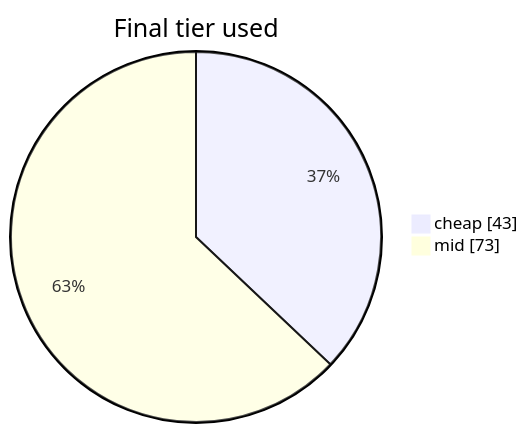
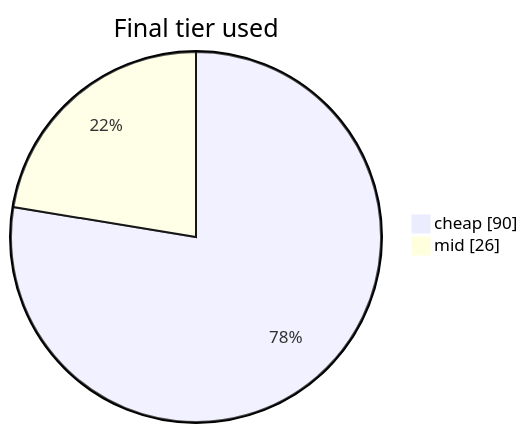
Before and after one commit to AnshumanDas001/llm-router: the second of 2 diagrams in README.md, drawn with Mermaid. The commit also changed other lines of this file and 9 other files, not shown here.

````diff
--- a/README.md
+++ b/README.md
@@ -185,6 +206,6 @@
 ```mermaid
 pie showData
     title Final tier used
-    "cheap" : 43
-    "mid" : 73
+    "cheap" : 90
+    "mid" : 26
 ```
````
